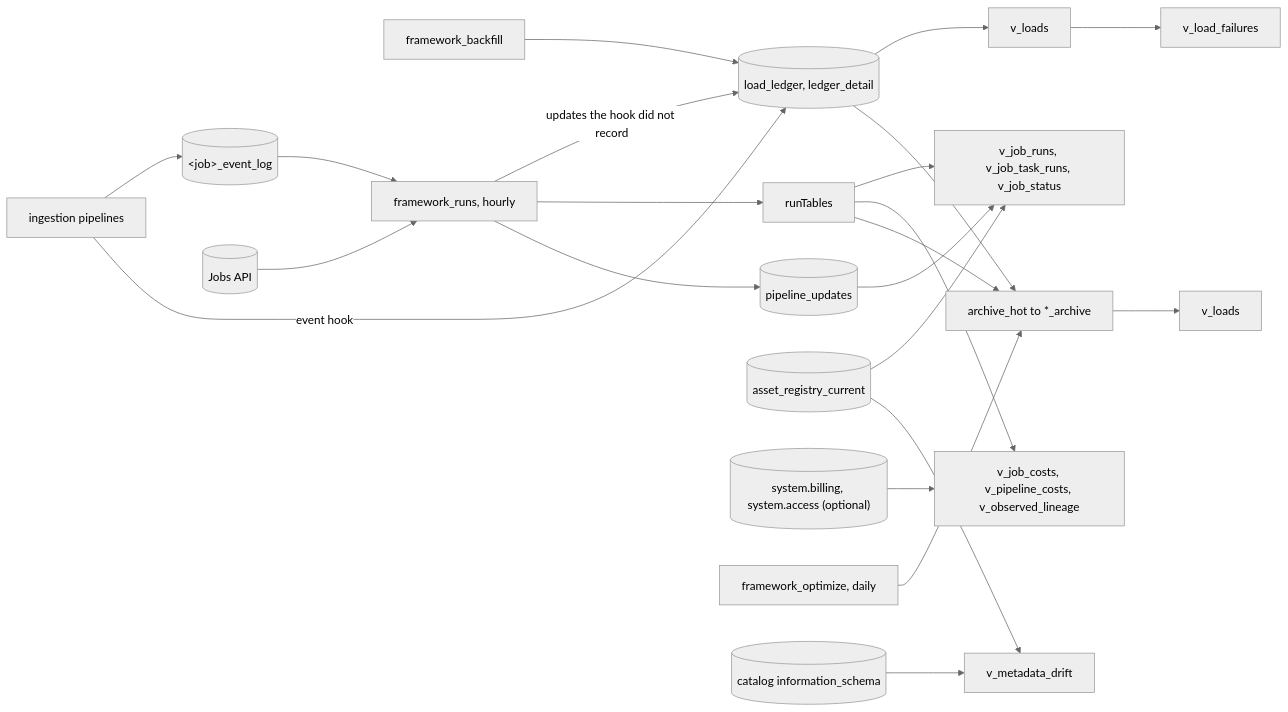
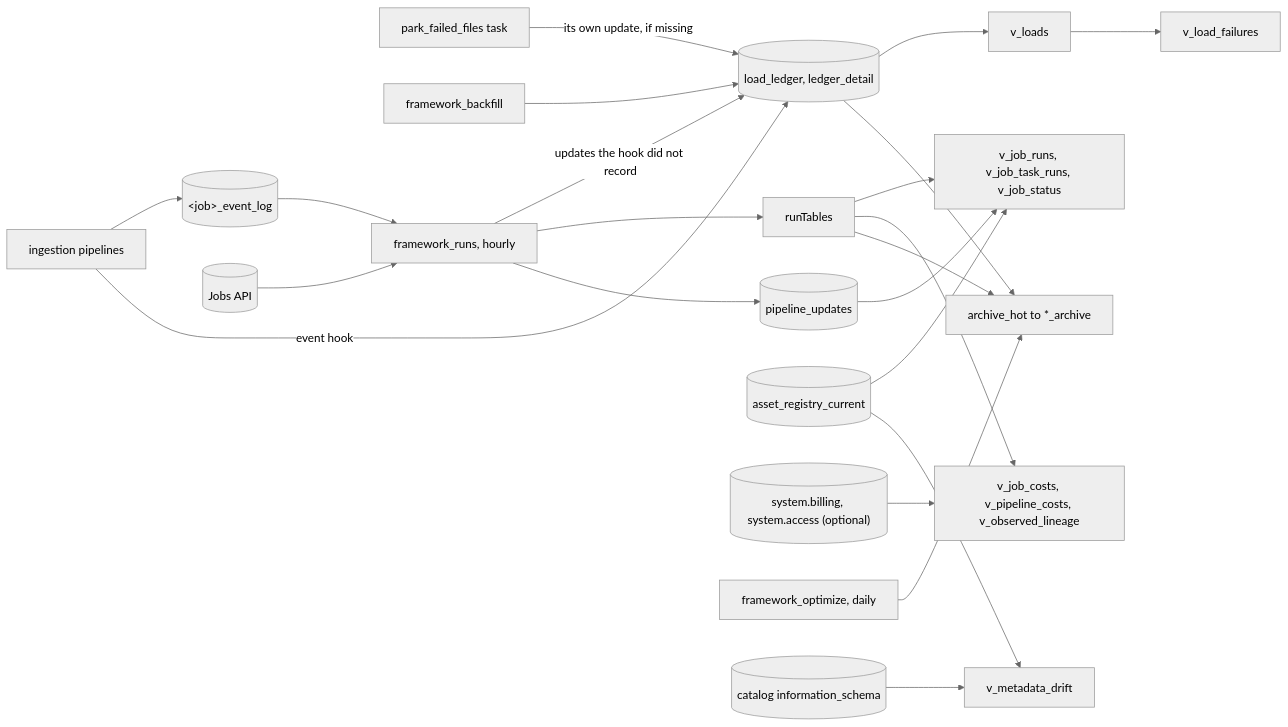
One commit to NitinKeshavB/framework changed the fourth of 9 diagrams in framework_docs/ARCHITECTURE.md. Above: the diagram before and after it, drawn with Mermaid (neutral theme). The commit also changed other lines of this file and 17 other files, not shown here.

````diff
--- a/framework_docs/ARCHITECTURE.md
+++ b/framework_docs/ARCHITECTURE.md
@@ -125,24 +142,24 @@
 ```mermaid
 flowchart LR
   ingestionPipelines[ingestion pipelines] --> eventLogs[("&lt;job&gt;_event_log")]
   ingestionPipelines -->|event hook| ledger[(load_ledger, ledger_detail)]
+  parkTask[park_failed_files task] -->|"its own update, if missing"| ledger
   backfillJob[framework_backfill] --> ledger
   ledger --> loads[v_loads]
   loads --> failures[v_load_failures]
   jobsApi[(Jobs API)] --> runsJob[framework_runs, hourly]
   runsJob -->|updates the hook did not record| ledger
   eventLogs --> runsJob
   runsJob --> runTables
   runsJob --> updates[(pipeline_updates)]
   runTables --> runViews[v_job_runs, v_job_task_runs, v_job_status]
   updates --> runViews
   registry[(asset_registry_current)] --> runViews
   systemTables[("system.billing, system.access (optional)")] --> costViews[v_job_costs, v_pipeline_costs, v_observed_lineage]
   runTables --> costViews
   optimize[framework_optimize, daily] --> archive[archive_hot to *_archive]
   ledger --> archive
   runTables --> archive
-  archive --> loads90[v_loads]
   registry --> metadataDrift[v_metadata_drift]
   infoSchema[(catalog information_schema)] --> metadataDrift
 ```
````
